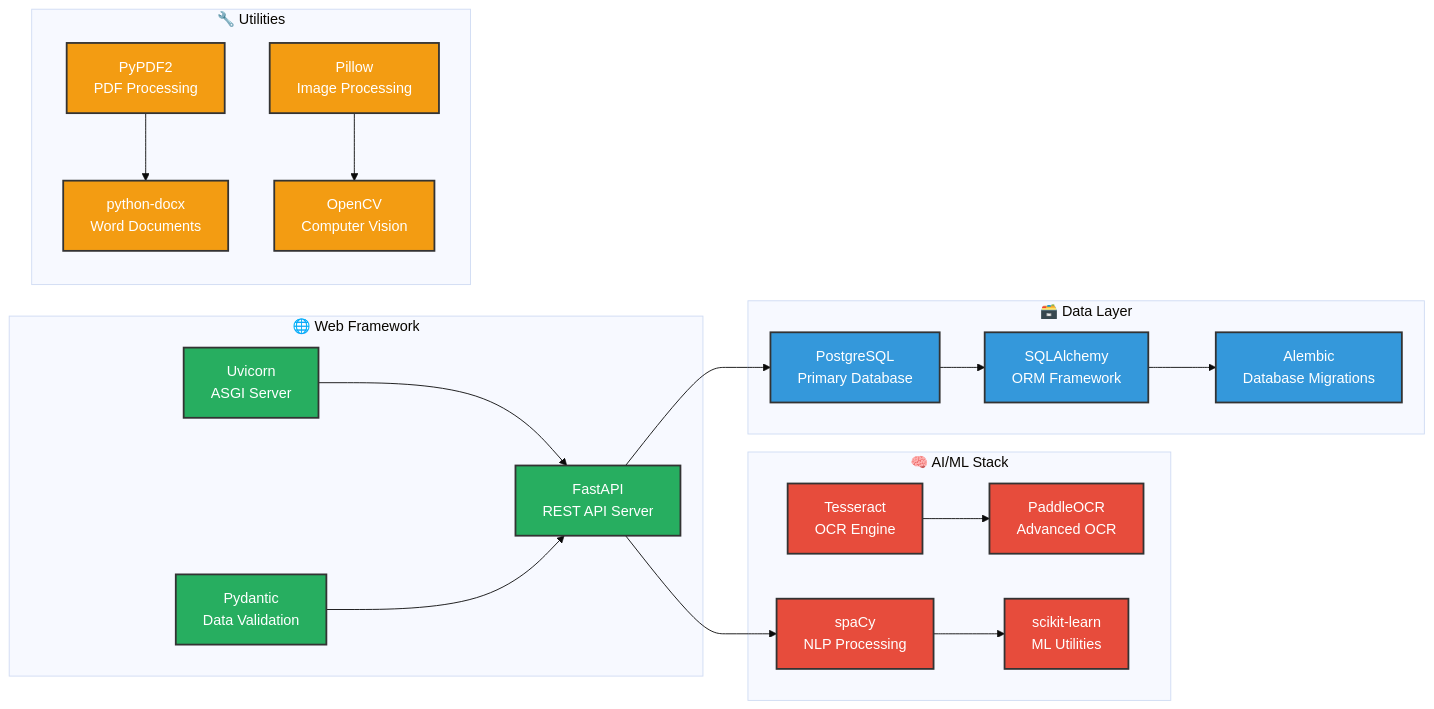
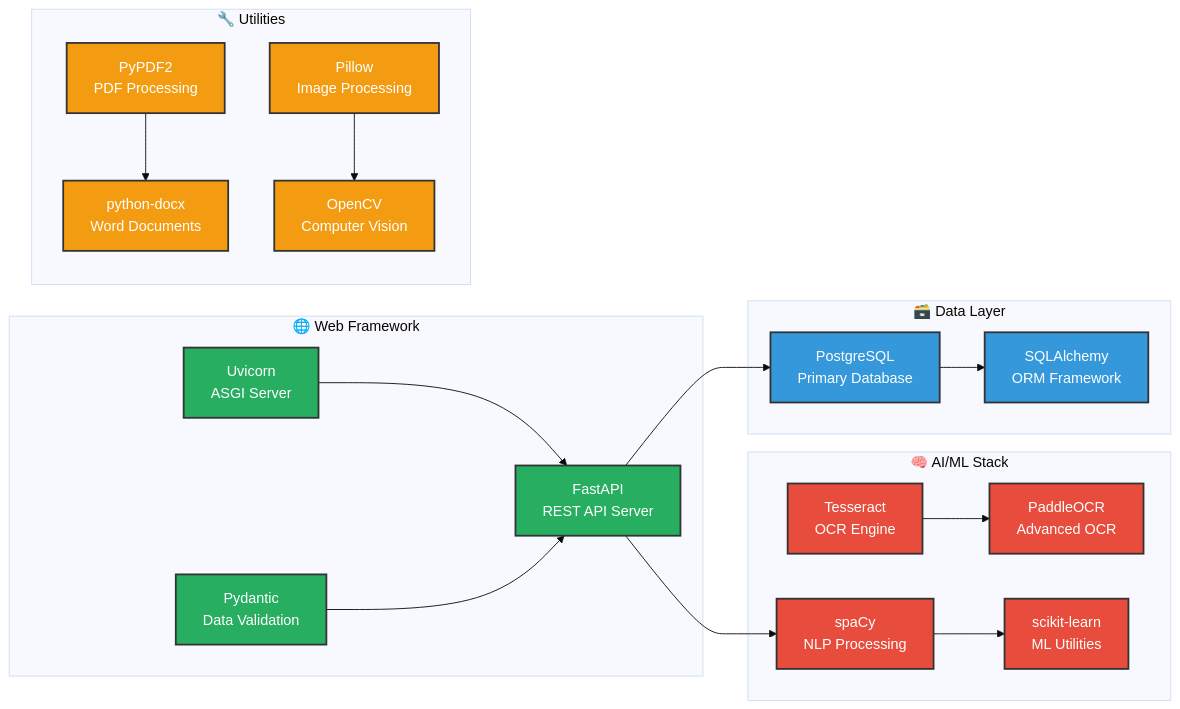
The fourth of 5 diagrams in PH-1/ARCHITECTURE.md (imaddde867/EXPLAINIUM), drawn with Mermaid (base theme) before and after one commit. The commit also changed 10 other files, not shown here.

Commit message:
Refactor project structure by removing Alembic configuration files and updating .gitignore; streamline database handling and enhance clarity in architecture documentation.

````diff
--- a/PH-1/ARCHITECTURE.md
+++ b/PH-1/ARCHITECTURE.md
@@ -180,52 +180,50 @@
 ```mermaid
 graph LR
     subgraph "🌐 Web Framework"
         FASTAPI[FastAPI<br/>REST API Server]
         UVICORN[Uvicorn<br/>ASGI Server]
         PYDANTIC[Pydantic<br/>Data Validation]
     end
     
     subgraph "🧠 AI/ML Stack"
         SPACY[spaCy<br/>NLP Processing]
         TESSERACT[Tesseract<br/>OCR Engine]
         PADDLE[PaddleOCR<br/>Advanced OCR]
         SKLEARN[scikit-learn<br/>ML Utilities]
     end
     
     subgraph "🗃️ Data Layer"
         POSTGRES[PostgreSQL<br/>Primary Database]
         SQLALCHEMY[SQLAlchemy<br/>ORM Framework]
-        ALEMBIC[Alembic<br/>Database Migrations]
     end
     
     subgraph "🔧 Utilities"
         PYPDF[PyPDF2<br/>PDF Processing]
         DOCX[python-docx<br/>Word Documents]
         PILLOW[Pillow<br/>Image Processing]
         OPENCV[OpenCV<br/>Computer Vision]
     end
     
     FASTAPI --> SPACY
     FASTAPI --> POSTGRES
     UVICORN --> FASTAPI
     PYDANTIC --> FASTAPI
     
     SPACY --> SKLEARN
     TESSERACT --> PADDLE
     
     POSTGRES --> SQLALCHEMY
-    SQLALCHEMY --> ALEMBIC
     
     PYPDF --> DOCX
     PILLOW --> OPENCV
     
     classDef webStyle fill:#27ae60,stroke:#333,stroke-width:2px,color:#fff
     classDef aiStyle fill:#e74c3c,stroke:#333,stroke-width:2px,color:#fff
     classDef dataStyle fill:#3498db,stroke:#333,stroke-width:2px,color:#fff
     classDef utilStyle fill:#f39c12,stroke:#333,stroke-width:2px,color:#fff
     
     class FASTAPI,UVICORN,PYDANTIC webStyle
     class SPACY,TESSERACT,PADDLE,SKLEARN aiStyle
-    class POSTGRES,SQLALCHEMY,ALEMBIC dataStyle
+    class POSTGRES,SQLALCHEMY dataStyle
     class PYPDF,DOCX,PILLOW,OPENCV utilStyle
 ```
````
